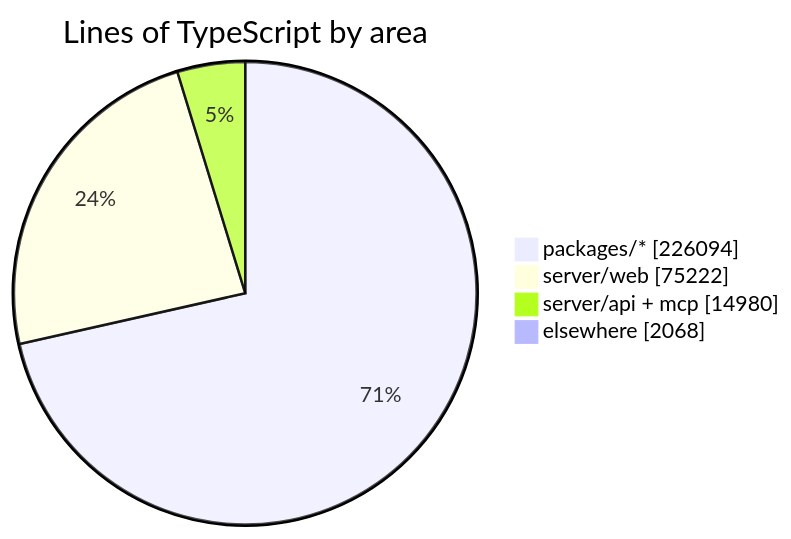
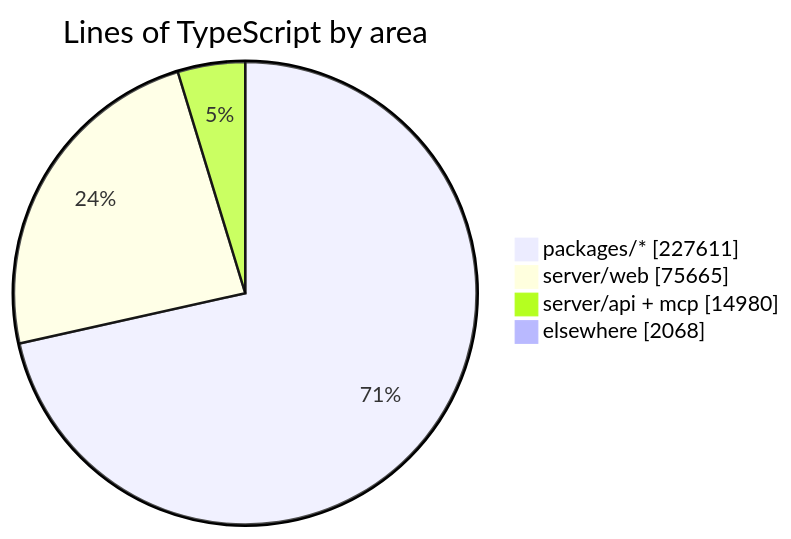
The diagram in README.md (crossworks-engineering/mantle), drawn with Mermaid before and after one commit. The commit also changed other lines of this file and 2 other files, not shown here.

````diff
--- a/README.md
+++ b/README.md
@@ -287,7 +287,7 @@
 ```mermaid
 pie showData title Lines of TypeScript by area
-    "packages/*" : 226094
-    "server/web" : 75222
+    "packages/*" : 227611
+    "server/web" : 75665
     "server/api + mcp" : 14980
     "elsewhere" : 2068
 ```
````
